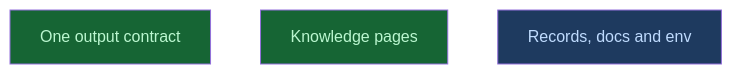
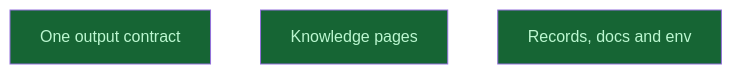
The diagram in __roadmap__/m6b-surface-consolidation/consolidated/build/outputs/README.md (CrackingShells/Candler), drawn with Mermaid before and after one commit. The commit also changed other lines of this file and 5 other files, not shown here.

````diff
--- a/__roadmap__/m6b-surface-consolidation/consolidated/build/outputs/README.md
+++ b/__roadmap__/m6b-surface-consolidation/consolidated/build/outputs/README.md
@@ -24,11 +24,11 @@
 ```mermaid
 graph TD
     output_contract[One output contract]:::done
     knowledge_pages[Knowledge pages]:::done
-    records[Records, docs and env]:::amendment
+    records[Records, docs and env]:::done
     classDef done       fill:#166534,color:#bbf7d0
     classDef inprogress fill:#854d0e,color:#fef08a
     classDef planned    fill:#374151,color:#e5e7eb
     classDef amendment  fill:#1e3a5f,color:#bfdbfe
     classDef blocked    fill:#7f1d1d,color:#fecaca
 ```
````
